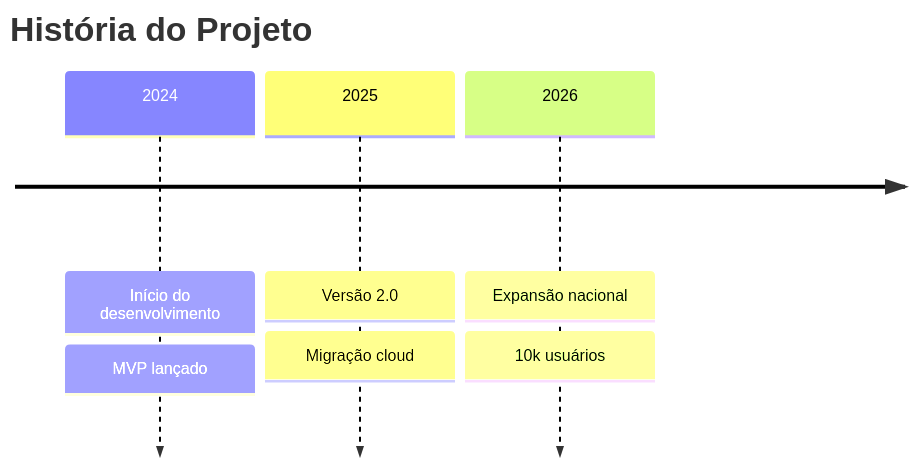
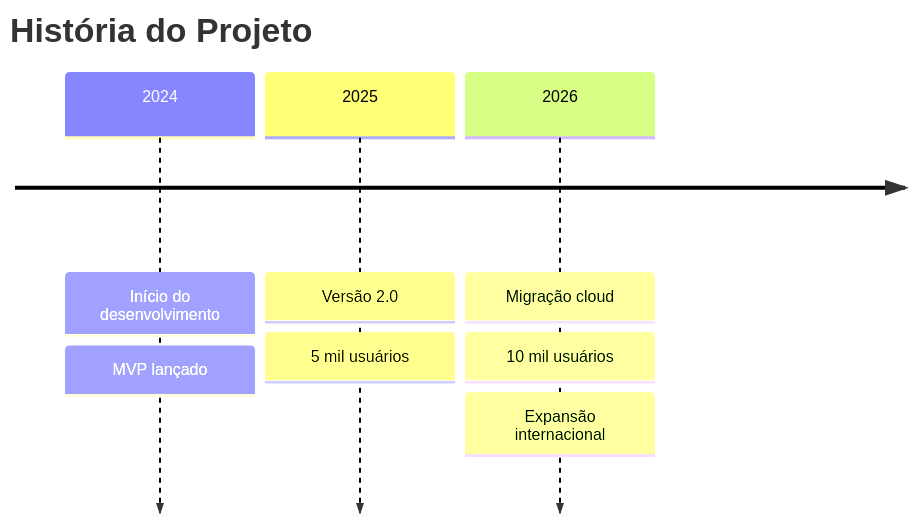
One commit to aajunior43/workspace-backup changed the eighth of 14 diagrams in Skills/mermaid-diagrams/SKILL.md. Above: the diagram before and after it, drawn with Mermaid. The commit also changed other lines of this file and 5 other files, not shown here.

````diff
--- a/Skills/mermaid-diagrams/SKILL.md
+++ b/Skills/mermaid-diagrams/SKILL.md
@@ -149,10 +188,11 @@
 ```mermaid
 timeline
     title História do Projeto
     2024 : Início do desenvolvimento
          : MVP lançado
     2025 : Versão 2.0
-         : Migração cloud
-    2026 : Expansão nacional
-         : 10k usuários
+         : 5 mil usuários
+    2026 : Migração cloud
+         : 10 mil usuários
+         : Expansão internacional
 ```
````
